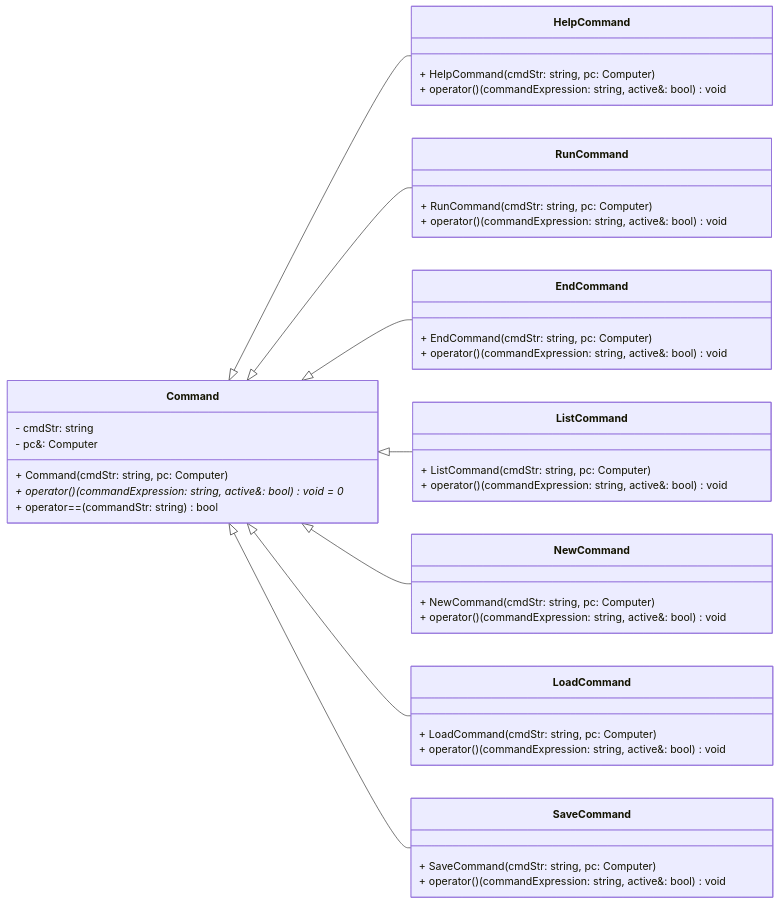
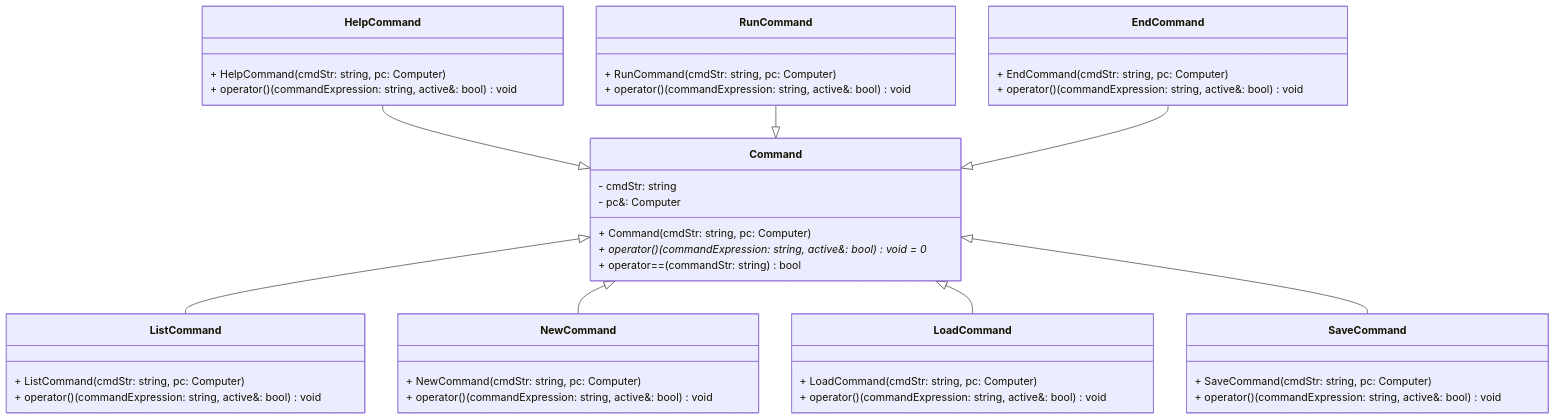
The second of 6 diagrams in Documentation/DevDoc.md (Spyro1/Basic-Lite-Interpreter), drawn with Mermaid before and after one commit. The commit also changed other lines of this file and 1 other file, not shown here.

````diff
--- a/Documentation/DevDoc.md
+++ b/Documentation/DevDoc.md
@@ -232,46 +247,49 @@
 ```mermaid
 classDiagram
-  direction LR
+  direction TB
   class Command{
     - cmdStr: string
     - pc&: Computer
     + Command(cmdStr: string, pc: Computer)
     + operator()(commandExpression: string, active&: bool) void = 0*
     + operator==(commandStr: string) bool
   }
   class HelpCommand{
     + HelpCommand(cmdStr: string, pc: Computer)
     + operator()(commandExpression: string, active&: bool) void
   }
   class RunCommand{
     + RunCommand(cmdStr: string, pc: Computer)
     + operator()(commandExpression: string, active&: bool) void
   }
   class EndCommand{
     + EndCommand(cmdStr: string, pc: Computer)
     + operator()(commandExpression: string, active&: bool) void
   }
   class ListCommand{
     + ListCommand(cmdStr: string, pc: Computer)
     + operator()(commandExpression: string, active&: bool) void
   }
   class NewCommand{
     + NewCommand(cmdStr: string, pc: Computer)
     + operator()(commandExpression: string, active&: bool) void
   }
   class LoadCommand{
     + LoadCommand(cmdStr: string, pc: Computer)
     + operator()(commandExpression: string, active&: bool) void
   }
   class SaveCommand{
     + SaveCommand(cmdStr: string, pc: Computer)
     + operator()(commandExpression: string, active&: bool) void
   }
-  Command <|-- HelpCommand
-  Command <|-- RunCommand
-  Command <|-- EndCommand
+%%  Command <|-- HelpCommand
+%%  Command <|-- RunCommand
+%%  Command <|-- EndCommand
+  HelpCommand --|> Command
+  RunCommand --|> Command
+  EndCommand --|> Command
   Command <|-- ListCommand
   Command <|-- NewCommand
   Command <|-- LoadCommand
   Command <|-- SaveCommand
 ```
````
